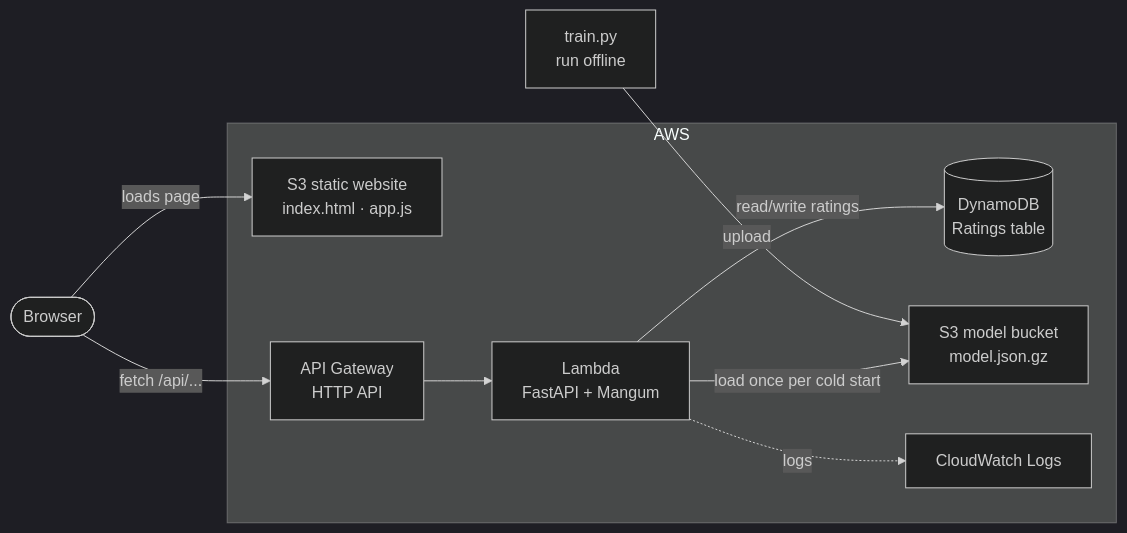
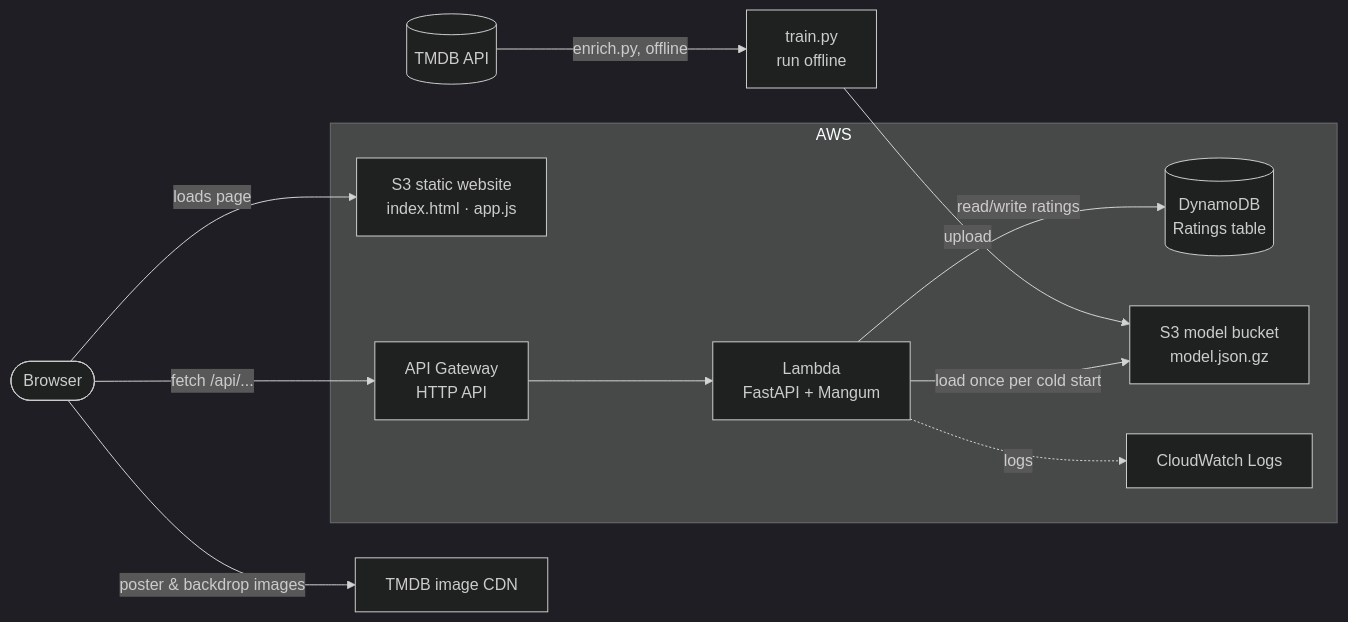
Before and after one commit to Qilton/aws-movie-recommendation: the diagram in docs/architecture.md, drawn with Mermaid (dark theme). The commit also changed other lines of this file and 1 other file, not shown here.

Commit message:
docs: TMDB setup, new endpoints and anonymous users

````diff
--- a/docs/architecture.md
+++ b/docs/architecture.md
@@ -3,18 +3,21 @@
 ```mermaid
 flowchart LR
     user([Browser])
     subgraph AWS
         site[S3 static website<br/>index.html · app.js]
         api[API Gateway<br/>HTTP API]
         fn[Lambda<br/>FastAPI + Mangum]
         db[(DynamoDB<br/>Ratings table)]
         model[S3 model bucket<br/>model.json.gz]
         logs[CloudWatch Logs]
     end
+    tmdb[(TMDB API)] -- enrich.py, offline --> train
     train[train.py<br/>run offline] -- upload --> model
+    tmdbimg[TMDB image CDN]
+    user -- poster & backdrop images --> tmdbimg
     user -- loads page --> site
     user -- fetch /api/... --> api --> fn
     fn -- read/write ratings --> db
     fn -- load once per cold start --> model
     fn -. logs .-> logs
 ```
````
